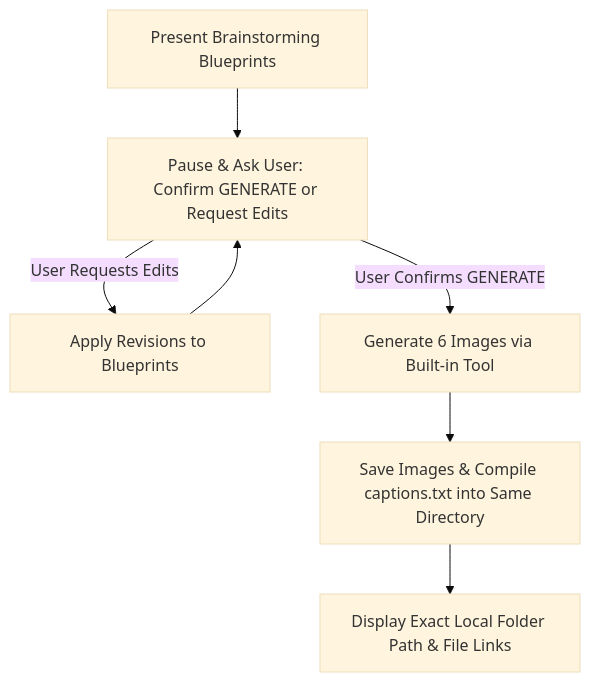
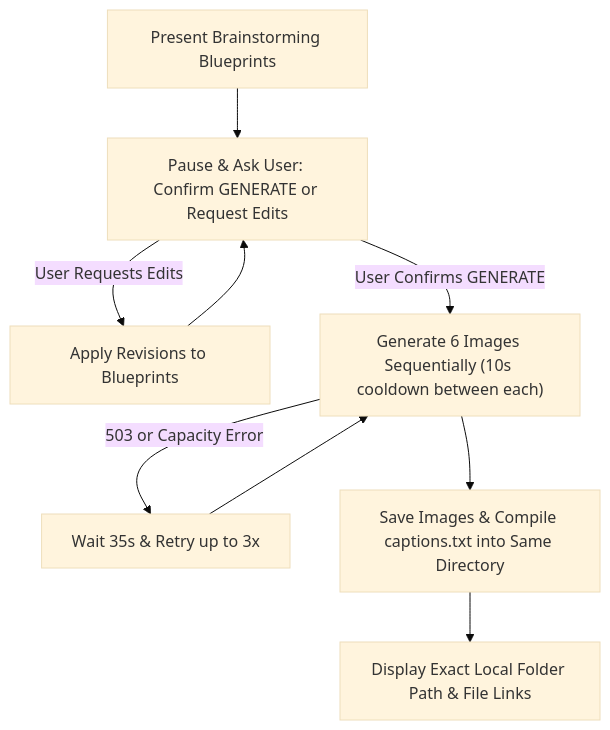
The diagram in SKILL.md (fryawhd-ctrl/ig-grid-brainstorm), drawn with Mermaid (base theme) before and after one commit. The commit also changed other lines of this file and 1 other file, not shown here.

Commit message:
Add sequential image generation and 503 capacity retry logic

````diff
--- a/SKILL.md
+++ b/SKILL.md
@@ -123,9 +123,11 @@
 ```mermaid
 flowchart TD
     A["Present Brainstorming Blueprints"] --> B["Pause & Ask User: Confirm GENERATE or Request Edits"]
     B -->|User Requests Edits| C["Apply Revisions to Blueprints"]
     C --> B
-    B -->|User Confirms GENERATE| D["Generate 6 Images via Built-in Tool"]
+    B -->|User Confirms GENERATE| D["Generate 6 Images Sequentially (10s cooldown between each)"]
+    D -->|503 or Capacity Error| R["Wait 35s & Retry up to 3x"]
+    R --> D
     D --> E["Save Images & Compile captions.txt into Same Directory"]
     E --> F["Display Exact Local Folder Path & File Links"]
 ```
````
